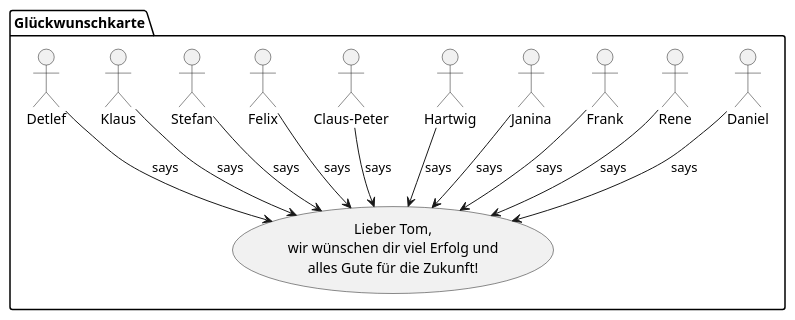
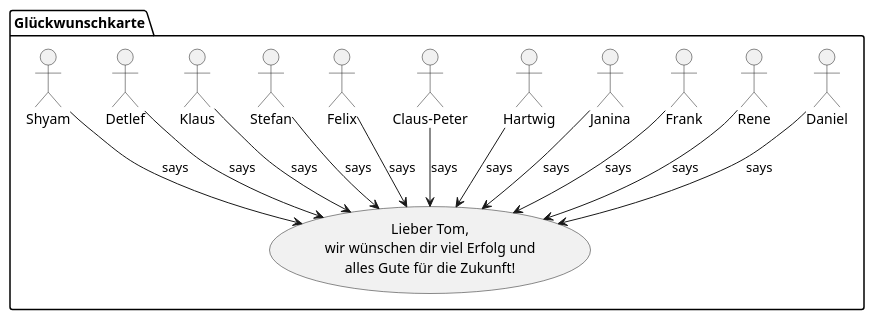
The diagram in greetings.puml (dkliem/alles-gute-tom), drawn with PlantUML before and after one commit.

```diff
--- a/greetings.puml
+++ b/greetings.puml
@@ -1,21 +1,21 @@
 @startuml
 folder "Glückwunschkarte" {
     usecase goodbye [
         Lieber Tom,
         wir wünschen dir viel Erfolg und
         alles Gute für die Zukunft!
     ]
 
     :Daniel: --> goodbye: says
     :Rene: --> goodbye: says
     :Frank: --> goodbye: says
     :Janina: --> goodbye: says
     :Hartwig: --> goodbye: says
     :Claus-Peter: --> goodbye: says
     :Felix: --> goodbye: says
     :Stefan: --> goodbye: says
     :Klaus: --> goodbye: says
     :Detlef: --> goodbye: says
-    
+    :Shyam: --> goodbye: says
 }
 @enduml
```
